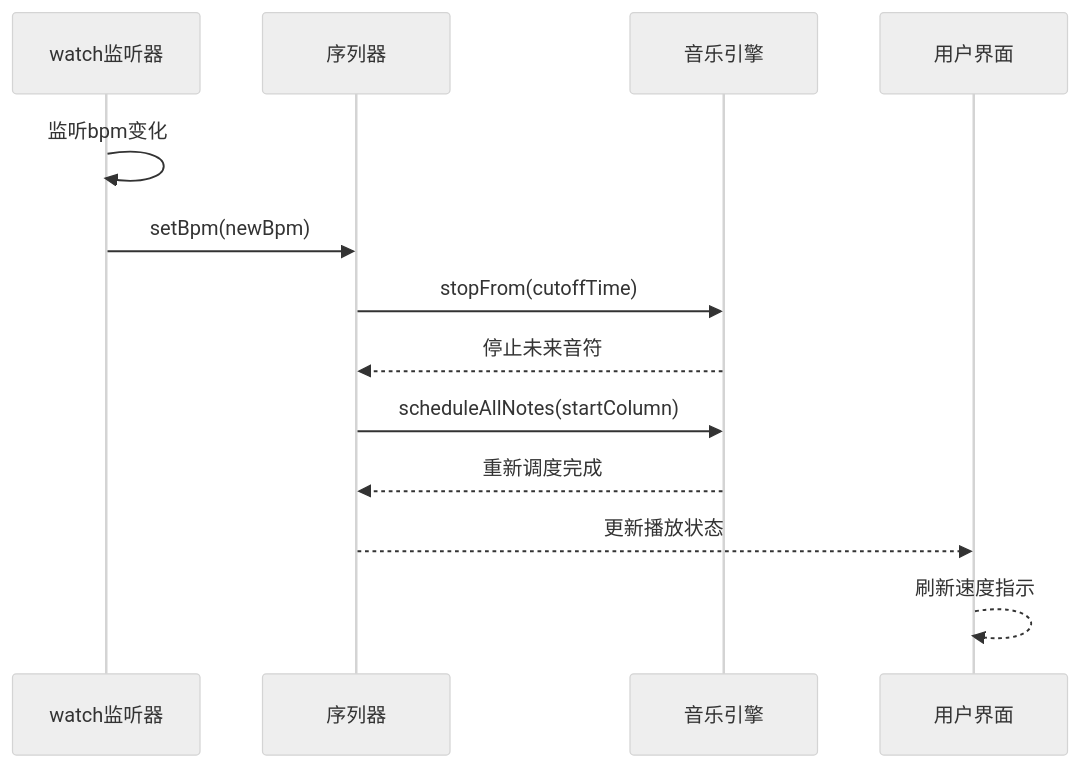
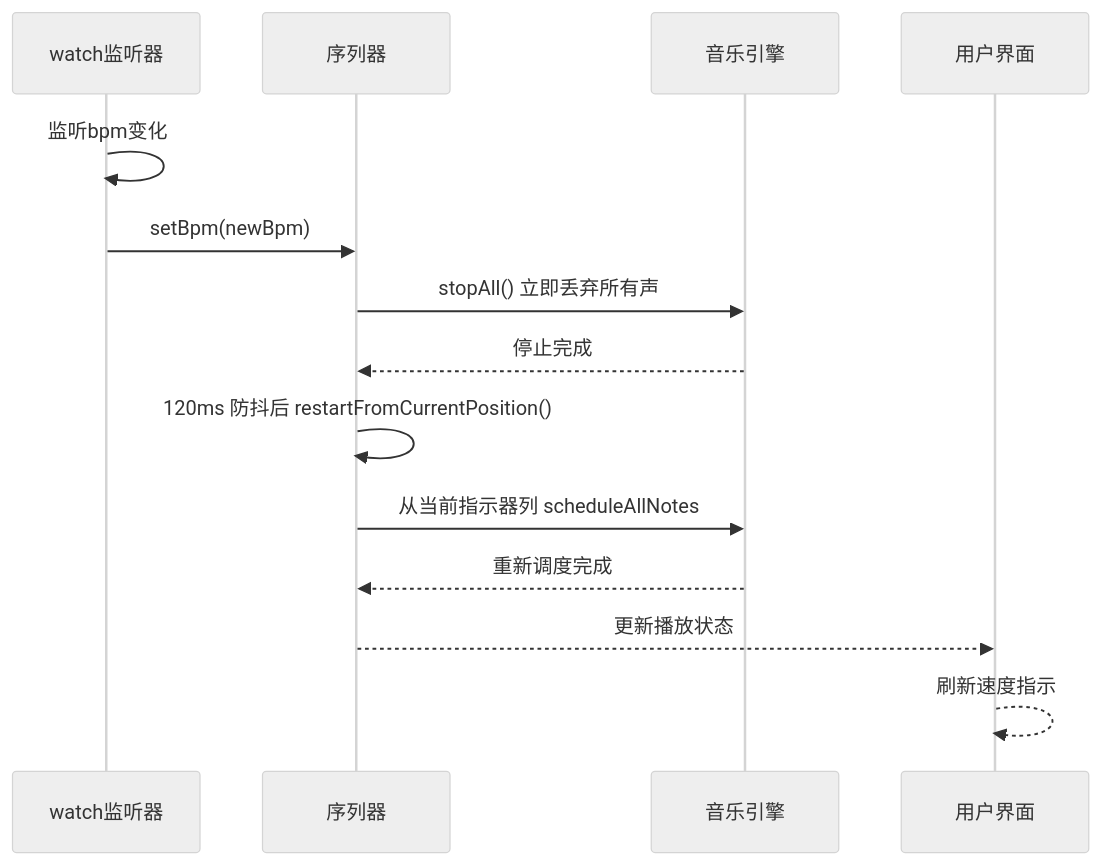
One commit to wingmeng/SUBOR-Music-Board changed the fifth of 8 diagrams in wiki/用户界面组件/控制栏组件/速度控制组件.md. Above: the diagram before and after it, drawn with Mermaid (neutral theme). The commit also changed other lines of this file and 45 other files, not shown here.

````diff
--- a/wiki/用户界面组件/控制栏组件/速度控制组件.md
+++ b/wiki/用户界面组件/控制栏组件/速度控制组件.md
@@ -223,15 +223,16 @@
 ```mermaid
 sequenceDiagram
 participant Watcher as watch监听器
 participant Sequencer as 序列器
 participant MusicEngine as 音乐引擎
 participant UI as 用户界面
 Watcher->>Watcher : 监听bpm变化
 Watcher->>Sequencer : setBpm(newBpm)
-Sequencer->>MusicEngine : stopFrom(cutoffTime)
-MusicEngine-->>Sequencer : 停止未来音符
-Sequencer->>MusicEngine : scheduleAllNotes(startColumn)
+Sequencer->>MusicEngine : stopAll() 立即丢弃所有声
+MusicEngine-->>Sequencer : 停止完成
+Sequencer->>Sequencer : 120ms 防抖后 restartFromCurrentPosition()
+Sequencer->>MusicEngine : 从当前指示器列 scheduleAllNotes
 MusicEngine-->>Sequencer : 重新调度完成
 Sequencer-->>UI : 更新播放状态
 UI-->>UI : 刷新速度指示
 ```
````
